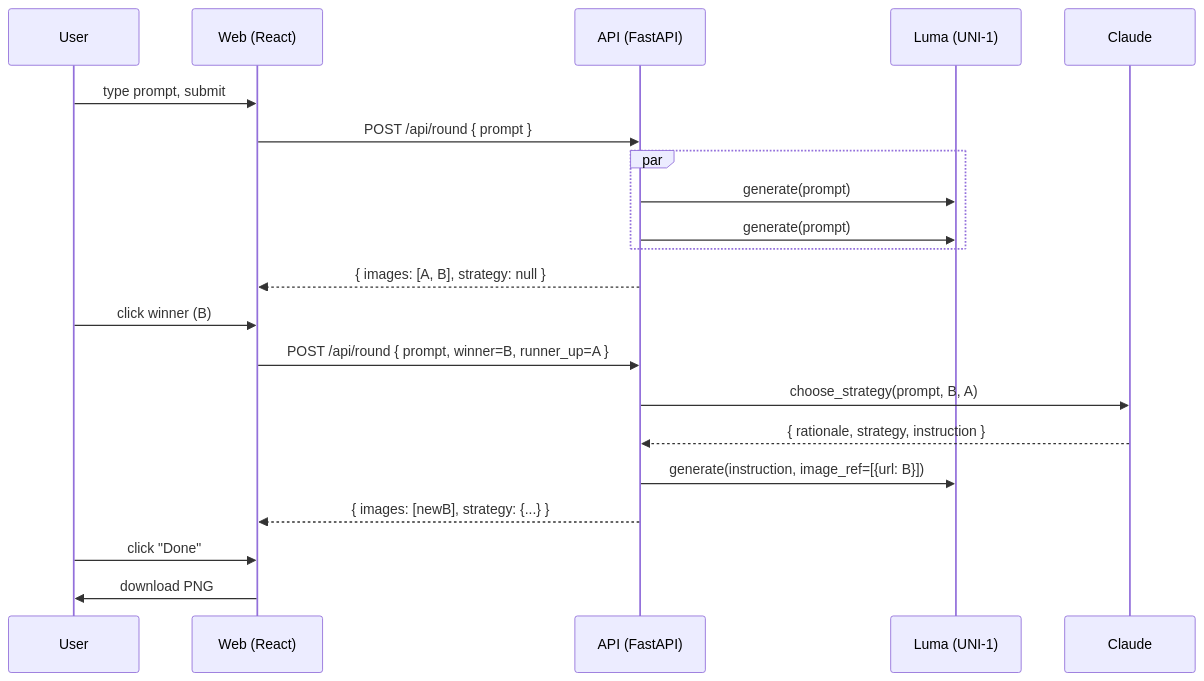
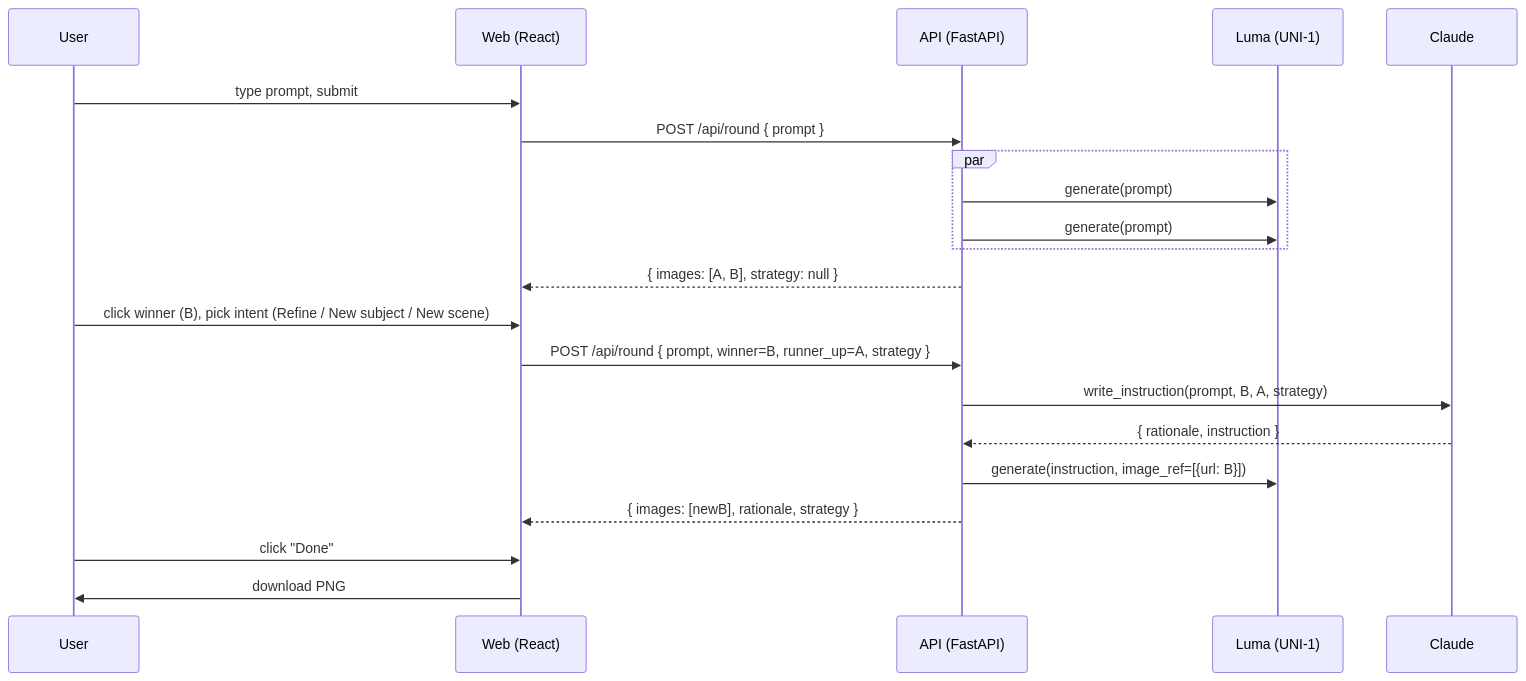
The diagram in docs/plan.md (milasaurus/image-morpher), drawn with Mermaid before and after one commit. The commit also changed other lines of this file, not shown here.

````diff
--- a/docs/plan.md
+++ b/docs/plan.md
@@ -190,26 +208,26 @@
 ```mermaid
 sequenceDiagram
   participant U as User
   participant W as Web (React)
   participant A as API (FastAPI)
   participant L as Luma (UNI-1)
   participant C as Claude
 
   U->>W: type prompt, submit
   W->>A: POST /api/round { prompt }
   par
     A->>L: generate(prompt)
     A->>L: generate(prompt)
   end
   A-->>W: { images: [A, B], strategy: null }
 
-  U->>W: click winner (B)
-  W->>A: POST /api/round { prompt, winner=B, runner_up=A }
-  A->>C: choose_strategy(prompt, B, A)
-  C-->>A: { rationale, strategy, instruction }
+  U->>W: click winner (B), pick intent (Refine / New subject / New scene)
+  W->>A: POST /api/round { prompt, winner=B, runner_up=A, strategy }
+  A->>C: write_instruction(prompt, B, A, strategy)
+  C-->>A: { rationale, instruction }
   A->>L: generate(instruction, image_ref=[{url: B}])
-  A-->>W: { images: [newB], strategy: {...} }
+  A-->>W: { images: [newB], rationale, strategy }
 
   U->>W: click "Done"
   W->>U: download PNG
 ```
````
